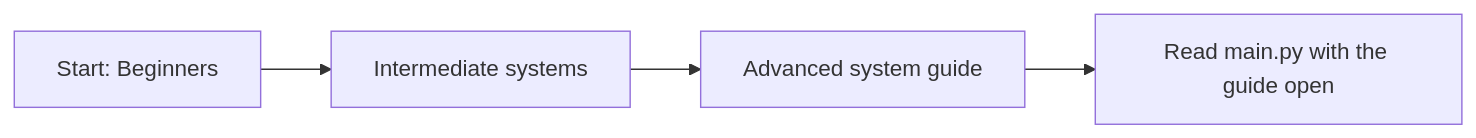
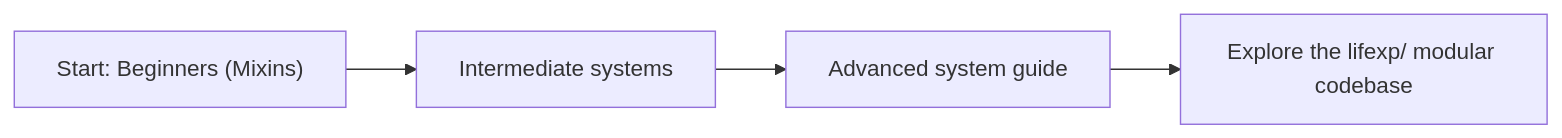
Before and after one commit to nimbold/LifeXP: the diagram in BEGINNER_GUIDE.md, drawn with Mermaid. The commit also changed other lines of this file, not shown here.

Commit message:
docs(guide): update main guide entry point for modular mixin codebase

````diff
--- a/BEGINNER_GUIDE.md
+++ b/BEGINNER_GUIDE.md
@@ -20,6 +20,6 @@
 ```mermaid
 flowchart LR
-    A["Start: Beginners"] --> B["Intermediate systems"]
+    A["Start: Beginners (Mixins)"] --> B["Intermediate systems"]
     B --> C["Advanced system guide"]
-    C --> D["Read main.py with the guide open"]
+    C --> D["Explore the lifexp/ modular codebase"]
 ```
````
